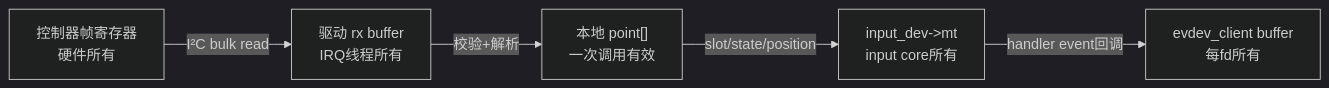
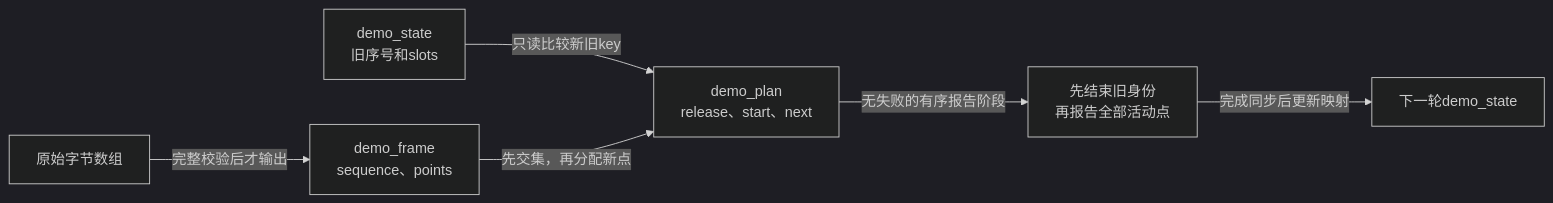
Before and after one commit to FormingSystem/linux_note: the first of 3 diagrams in knowledge/driver_model/input/P06_触摸驱动设计与验证.md, drawn with Mermaid (dark theme). The commit also changed other lines of this file and 11 other files, not shown here.

````diff
--- a/knowledge/driver_model/input/P06_触摸驱动设计与验证.md
+++ b/knowledge/driver_model/input/P06_触摸驱动设计与验证.md
@@ -29,7 +38,8 @@
 ```mermaid
 flowchart LR
-    REG["控制器帧寄存器<br/>硬件所有"] -- "I²C bulk read" --> RX["驱动 rx buffer<br/>IRQ线程所有"]
-    RX -- "校验+解析" --> POINTS["本地 point[]<br/>一次调用有效"]
-    POINTS -- "slot/state/position" --> MT["input_dev->mt<br/>input core所有"]
-    MT -- "handler event回调" --> BUF["evdev_client buffer<br/>每fd所有"]
+    raw["原始字节数组"] -->|"完整校验后才输出"| frame["demo_frame<br/>sequence、points"]
+    old["demo_state<br/>旧序号和slots"] -->|"只读比较新旧key"| plan["demo_plan<br/>release、start、next"]
+    frame -->|"先交集，再分配新点"| plan
+    plan -->|"无失败的有序报告阶段"| emit["先结束旧身份<br/>再报告全部活动点"]
+    emit -->|"完成同步后更新映射"| next["下一轮demo_state"]
 ```
````
